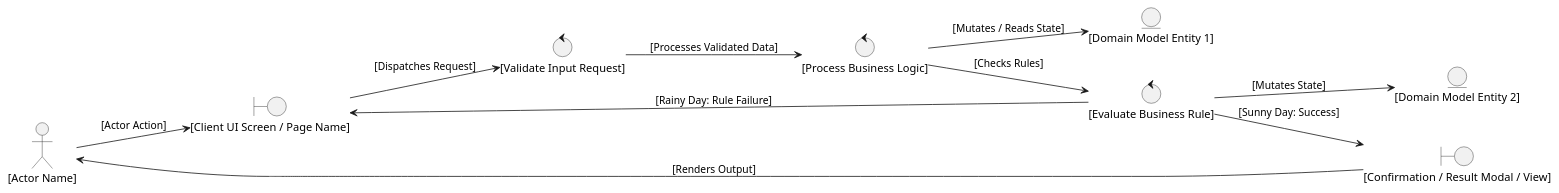
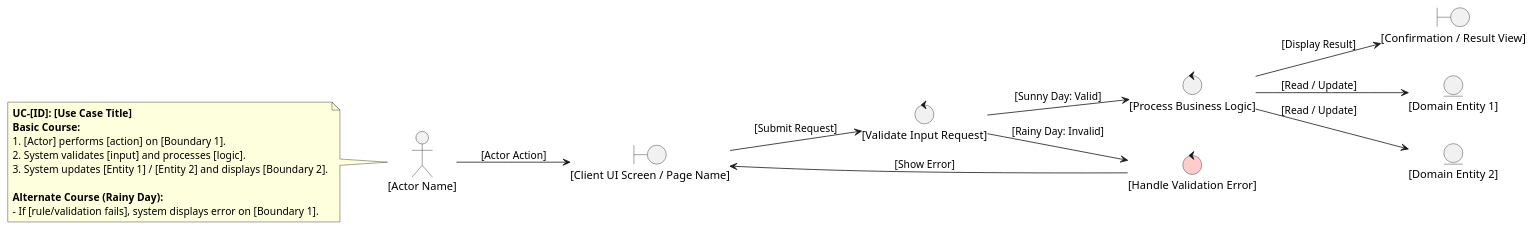
Before and after one commit to Gzaa19/Telaah: the second of 4 diagrams in .specify/presets/iconix-preset/templates/plan-template.md, drawn with PlantUML. The commit also changed other lines of this file and 11 other files, not shown here.

Commit message:
docs(iconix): align constitution, preset templates, and specs 001-004 diagrams

````diff
--- a/.specify/presets/iconix-preset/templates/plan-template.md
+++ b/.specify/presets/iconix-preset/templates/plan-template.md
@@ -93,29 +68,44 @@
 ```plantuml
 @startuml
 left to right direction
-skinparam handwritten false
-skinparam monochrome false
 skinparam shadowing false
+skinparam responseMessageBelowArrow true
+
+note as UC_TEXT
+  <b>UC-[ID]: [Use Case Title]</b>
+  <b>Basic Course:</b>
+  1. [Actor] performs [action] on [Boundary 1].
+  2. System validates [input] and processes [logic].
+  3. System updates [Entity 1] / [Entity 2] and displays [Boundary 2].
+
+  <b>Alternate Course (Rainy Day):</b>
+  - If [rule/validation fails], system displays error on [Boundary 1].
+end note
 
 actor "[Actor Name]" as ACTOR
 boundary "[Client UI Screen / Page Name]" as B1
-boundary "[Confirmation / Result Modal / View]" as B2
+boundary "[Confirmation / Result View]" as B2
 
 control "[Validate Input Request]" as C1
 control "[Process Business Logic]" as C2
-control "[Evaluate Business Rule]" as C3
+control "[Handle Validation Error]" as C3 #FFCCCC
 
-entity "[Domain Model Entity 1]" as E1
-entity "[Domain Model Entity 2]" as E2
+entity "[Domain Entity 1]" as E1
+entity "[Domain Entity 2]" as E2
+
+' Optional: uncomment if this use case invokes another use case
+' usecase "[Invoked Use Case]" as UC_SUB
+
+UC_TEXT -[hidden]-> ACTOR
 
 ACTOR --> B1 : [Actor Action]
-B1 --> C1 : [Dispatches Request]
-C1 --> C2 : [Processes Validated Data]
-C2 --> E1 : [Mutates / Reads State]
-C2 --> C3 : [Checks Rules]
-C3 --> E2 : [Mutates State]
-C3 --> B2 : [Sunny Day: Success]
-C3 --> B1 : [Rainy Day: Rule Failure]
-B2 --> ACTOR : [Renders Output]
+B1 --> C1 : [Submit Request]
+C1 --> C2 : [Sunny Day: Valid]
+C1 --> C3 : [Rainy Day: Invalid]
+C3 --> B1 : [Show Error]
+C2 --> E1 : [Read / Update]
+C2 --> E2 : [Read / Update]
+C2 --> B2 : [Display Result]
+' C2 ..> UC_SUB : <<invokes>>
 @enduml
 ```
````
